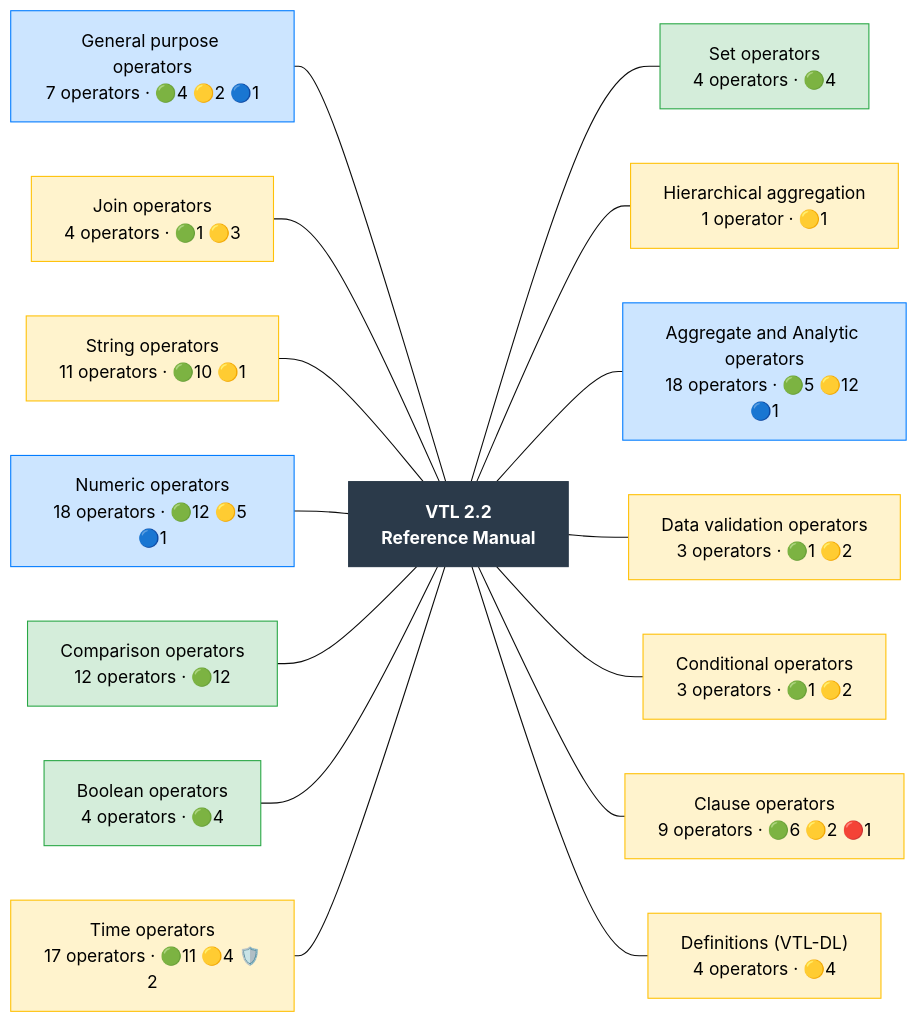
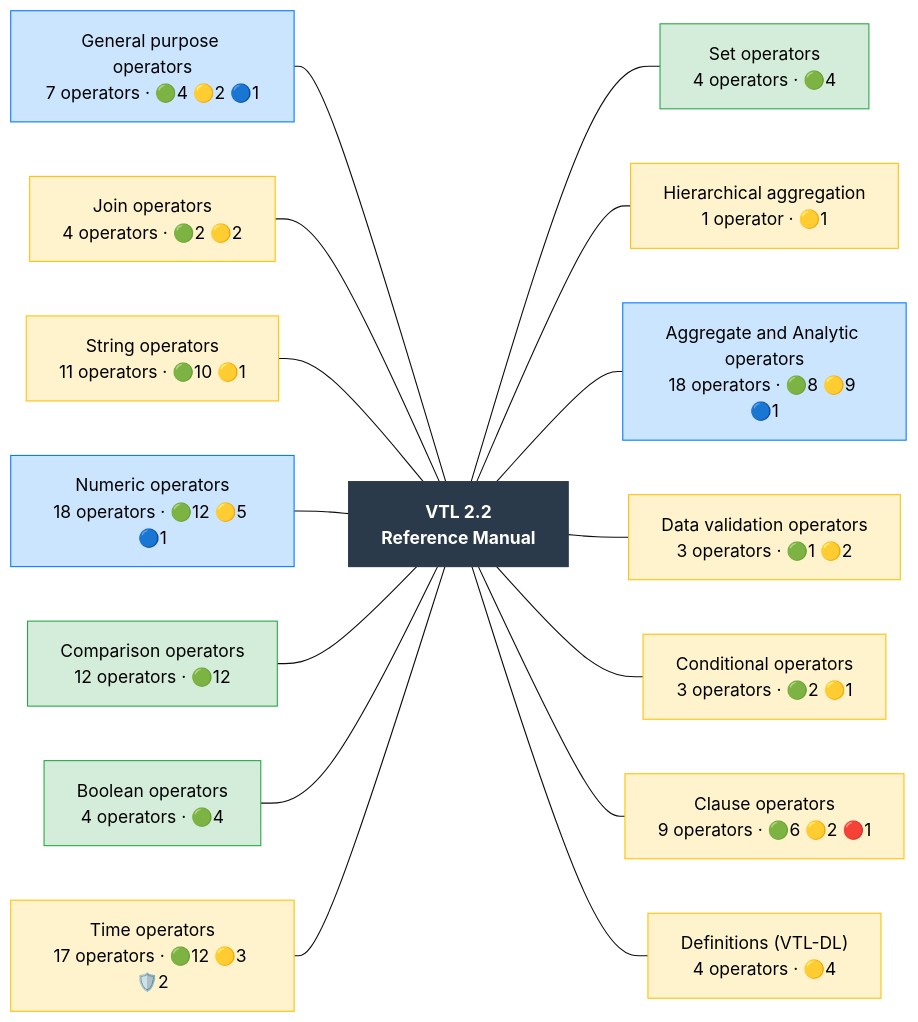
Before and after one commit to Meaningful-Data/vtlengine: the diagram in docs/operator_map/overview.rst, drawn with Mermaid (base theme). The commit also changed other lines of this file and 140 other files, not shown here.

```diff
--- a/docs/operator_map/overview.rst
+++ b/docs/operator_map/overview.rst
@@ -30,54 +30,54 @@
 .. mermaid::
    :config: {"flowchart": {"useMaxWidth": false}}
 
    flowchart LR
        classDef ok fill:#d4edda,stroke:#28a745,color:#000
        classDef partial fill:#fff3cd,stroke:#ffc107,color:#000
        classDef refused fill:#d4edda,stroke:#28a745,stroke-width:3px,stroke-dasharray: 2 2,color:#000
        classDef missing fill:#f8d7da,stroke:#dc3545,color:#000
        classDef diverge fill:#cce5ff,stroke:#007bff,color:#000
        classDef block fill:#2b3a4a,stroke:#2b3a4a,color:#fff,font-weight:bold
        classDef ext fill:#fff,stroke:#666,color:#000,stroke-dasharray: 5 5
        R["VTL 2.2<br/>Reference Manual"]:::block
        chapter__general["General purpose operators<br/>7 operators · 🟢4 🟡2 🔵1"]:::diverge
-       chapter__join["Join operators<br/>4 operators · 🟢1 🟡3"]:::partial
+       chapter__join["Join operators<br/>4 operators · 🟢2 🟡2"]:::partial
        chapter__string["String operators<br/>11 operators · 🟢10 🟡1"]:::partial
        chapter__numeric["Numeric operators<br/>18 operators · 🟢12 🟡5 🔵1"]:::diverge
        chapter__comparison["Comparison operators<br/>12 operators · 🟢12"]:::ok
        chapter__boolean["Boolean operators<br/>4 operators · 🟢4"]:::ok
-       chapter__time["Time operators<br/>17 operators · 🟢11 🟡4 🛡️2"]:::partial
+       chapter__time["Time operators<br/>17 operators · 🟢12 🟡3 🛡️2"]:::partial
        chapter__set["Set operators<br/>4 operators · 🟢4"]:::ok
        chapter__hierarchy["Hierarchical aggregation<br/>1 operator · 🟡1"]:::partial
-       chapter__aggregate["Aggregate and Analytic operators<br/>18 operators · 🟢5 🟡12 🔵1"]:::diverge
+       chapter__aggregate["Aggregate and Analytic operators<br/>18 operators · 🟢8 🟡9 🔵1"]:::diverge
        chapter__validation["Data validation operators<br/>3 operators · 🟢1 🟡2"]:::partial
-       chapter__conditional["Conditional operators<br/>3 operators · 🟢1 🟡2"]:::partial
+       chapter__conditional["Conditional operators<br/>3 operators · 🟢2 🟡1"]:::partial
        chapter__clause["Clause operators<br/>9 operators · 🟢6 🟡2 🔴1"]:::partial
        chapter__definitions["Definitions (VTL-DL)<br/>4 operators · 🟡4"]:::partial
        chapter__general --- R
        chapter__join --- R
        chapter__string --- R
        chapter__numeric --- R
        chapter__comparison --- R
        chapter__boolean --- R
        chapter__time --- R
        R --- chapter__set
        R --- chapter__hierarchy
        R --- chapter__aggregate
        R --- chapter__validation
        R --- chapter__conditional
        R --- chapter__clause
        R --- chapter__definitions
        click chapter__general href "general/index.html"
        click chapter__join href "join/index.html"
        click chapter__string href "string/index.html"
        click chapter__numeric href "numeric/index.html"
        click chapter__comparison href "comparison/index.html"
        click chapter__boolean href "boolean/index.html"
        click chapter__time href "time/index.html"
        click chapter__set href "set/index.html"
        click chapter__hierarchy href "hierarchy/index.html"
        click chapter__aggregate href "aggregate/index.html"
        click chapter__validation href "validation/index.html"
        click chapter__conditional href "conditional/index.html"
        click chapter__clause href "clause/index.html"
        click chapter__definitions href "definitions/index.html"
```
